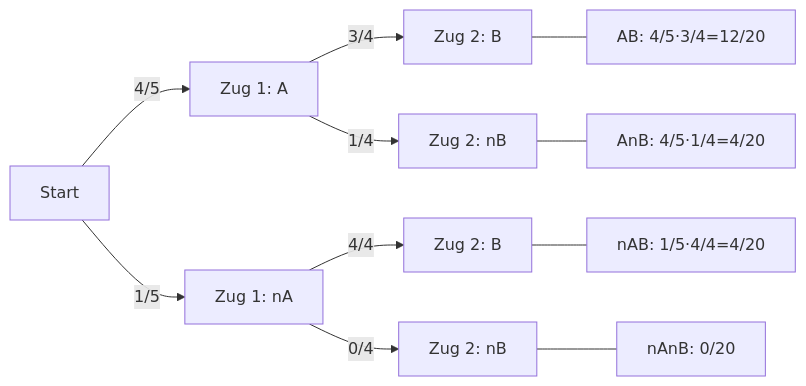
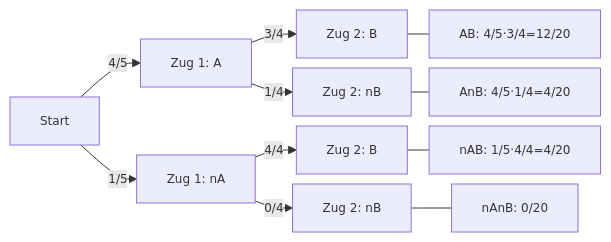
Before and after one commit to sebastiansauer/start-bayes: the second of 4 diagrams in slides/0350-wskt2.qmd, drawn with Mermaid. The commit also changed other lines of this file and 19 other files, not shown here.

First line of the commit message:
fix: Mermaid-Diagramm-Überlauf in Foliensätzen (Kapitel 3 u.a.)

````diff
--- a/slides/0350-wskt2.qmd
+++ b/slides/0350-wskt2.qmd
@@ -363,13 +365,14 @@
 ```{mermaid}
+%%{init: {'themeVariables': {'fontSize': '12px'}, 'flowchart': {'diagramPadding': 2, 'nodeSpacing': 10, 'rankSpacing': 18}}}%%
 flowchart LR
   A[Start] -->|4/5|B[Zug 1: A]
   A -->|1/5|C[Zug 1: nA]
   B -->|3/4|D[Zug 2: B]
   B -->|1/4|E[Zug 2: nB]
   D --- H["AB: 4/5·3/4=12/20"]
   E --- I["AnB: 4/5·1/4=4/20"]
   C -->|4/4|F[Zug 2: B]
   C -->|0/4|G[Zug 2: nB]
   F --- J["nAB: 1/5·4/4=4/20"]
   G --- K["nAnB: 0/20"]
 ```
````
